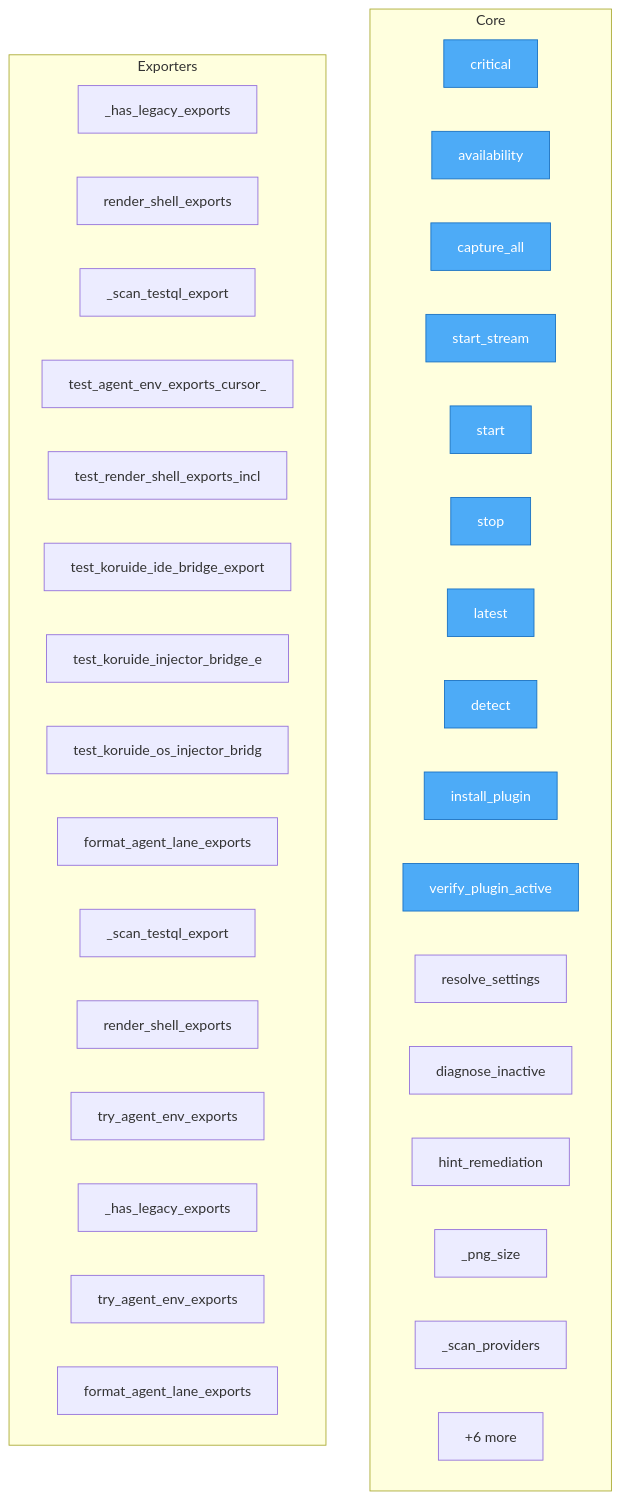
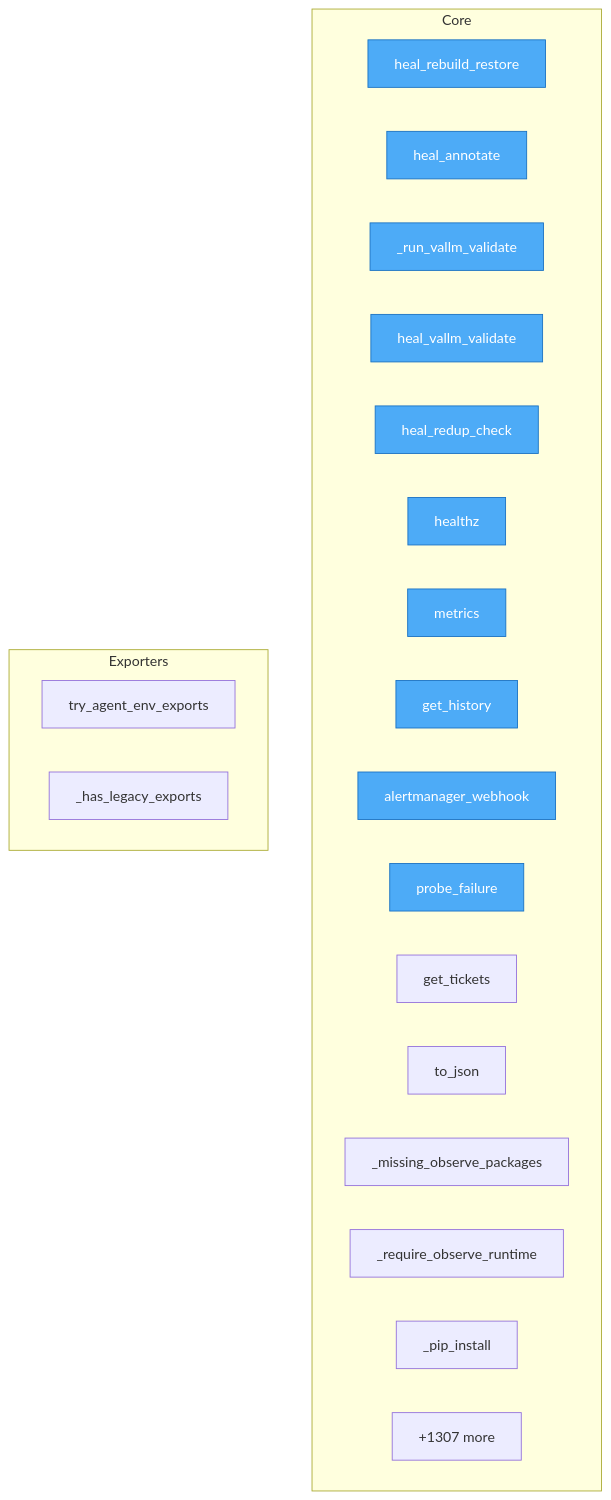
One commit to semcod/koru changed the diagram in project/flow.mmd. Above: the diagram before and after it, drawn with Mermaid. The commit also changed 56 other files, not shown here.

```diff
--- a/project/flow.mmd
+++ b/project/flow.mmd
@@ -1,44 +1,31 @@
 flowchart TD
+%% generated in 0.09s
 
     %% Entry points (blue)
     classDef entry fill:#4dabf7,stroke:#1971c2,color:#fff
 
     subgraph Core
-        README__critical["critical"]
-        docs__plans__capture_providers_refactor__availability["availability"]
-        docs__plans__capture_providers_refactor__capture_all["capture_all"]
-        docs__plans__capture_providers_refactor__start_stream["start_stream"]
-        docs__plans__observation_mesh_plan__start["start"]
-        docs__plans__observation_mesh_plan__stop["stop"]
-        docs__plans__observation_mesh_plan__latest["latest"]
-        docs__refactor__ide_bridge_2026__detect["detect"]
-        docs__refactor__ide_bridge_2026__install_plugin["install_plugin"]
-        docs__refactor__ide_bridge_2026__verify_plugin_active["verify_plugin_active"]
-        docs__refactor__ide_bridge_2026__resolve_settings["resolve_settings"]
-        docs__refactor__ide_bridge_2026__diagnose_inactive["diagnose_inactive"]
-        docs__refactor__ide_bridge_2026__hint_remediation["hint_remediation"]
-        SUMD___png_size["_png_size"]
-        SUMD___scan_providers["_scan_providers"]
-        ...["+8400 more"]
+        services__healing_webhook__app__heal_rebuild_restore["heal_rebuild_restore"]
+        services__healing_webhook__app__heal_annotate["heal_annotate"]
+        services__healing_webhook__app___run_vallm_validate["_run_vallm_validate"]
+        services__healing_webhook__app__heal_vallm_validate["heal_vallm_validate"]
+        services__healing_webhook__app__heal_redup_check["heal_redup_check"]
+        services__healing_webhook__app__healthz["healthz"]
+        services__healing_webhook__app__metrics["metrics"]
+        services__healing_webhook__app__get_history["get_history"]
+        services__healing_webhook__app__alertmanager_webhook["alertmanager_webhook"]
+        services__healing_webhook__app__probe_failure["probe_failure"]
+        services__healing_webhook__app__get_tickets["get_tickets"]
+        src__koruobserve__lifecycle__ObserveProcesses__to_json["to_json"]
+        src__koruobserve__cli___missing_observe_packages["_missing_observe_packages"]
+        src__koruobserve__cli___require_observe_runtime["_require_observe_runtime"]
+        src__koruobserve__cli___pip_install["_pip_install"]
+        ...["+1307 more"]
     end
 
     subgraph Exporters
-        SUMD___has_legacy_exports["_has_legacy_exports"]
-        SUMD__render_shell_exports["render_shell_exports"]
-        SUMD___scan_testql_export["_scan_testql_export"]
-        SUMD__test_agent_env_exports_cursor_lane["test_agent_env_exports_cursor_"]
-        SUMD__test_render_shell_exports_includes_koru_environment["test_render_shell_exports_incl"]
-        SUMD__test_koruide_ide_bridge_exports_legacy_symbols["test_koruide_ide_bridge_export"]
-        SUMD__test_koruide_injector_bridge_exports_legacy_symbols["test_koruide_injector_bridge_e"]
-        SUMD__test_koruide_os_injector_bridge_exports_legacy_symbols["test_koruide_os_injector_bridg"]
-        code2llm_output__map__toon__format_agent_lane_exports["format_agent_lane_exports"]
-        code2llm_output__map__toon___scan_testql_export["_scan_testql_export"]
-        code2llm_output__map__toon__render_shell_exports["render_shell_exports"]
-        code2llm_output__map__toon__try_agent_env_exports["try_agent_env_exports"]
-        code2llm_output__map__toon___has_legacy_exports["_has_legacy_exports"]
         src__koru__agent_cli_helpers__try_agent_env_exports["try_agent_env_exports"]
-        src__koru__agents__format_agent_lane_exports["format_agent_lane_exports"]
-        ...["+6 more"]
+        src__koru__cli___has_legacy_exports["_has_legacy_exports"]
     end
 
-    class README__critical,docs__plans__capture_providers_refactor__availability,docs__plans__capture_providers_refactor__capture_all,docs__plans__capture_providers_refactor__start_stream,docs__plans__observation_mesh_plan__start,docs__plans__observation_mesh_plan__stop,docs__plans__observation_mesh_plan__latest,docs__refactor__ide_bridge_2026__detect,docs__refactor__ide_bridge_2026__install_plugin,docs__refactor__ide_bridge_2026__verify_plugin_active entry
+    class services__healing_webhook__app__heal_rebuild_restore,services__healing_webhook__app__heal_annotate,services__healing_webhook__app___run_vallm_validate,services__healing_webhook__app__heal_vallm_validate,services__healing_webhook__app__heal_redup_check,services__healing_webhook__app__healthz,services__healing_webhook__app__metrics,services__healing_webhook__app__get_history,services__healing_webhook__app__alertmanager_webhook,services__healing_webhook__app__probe_failure entry
```
